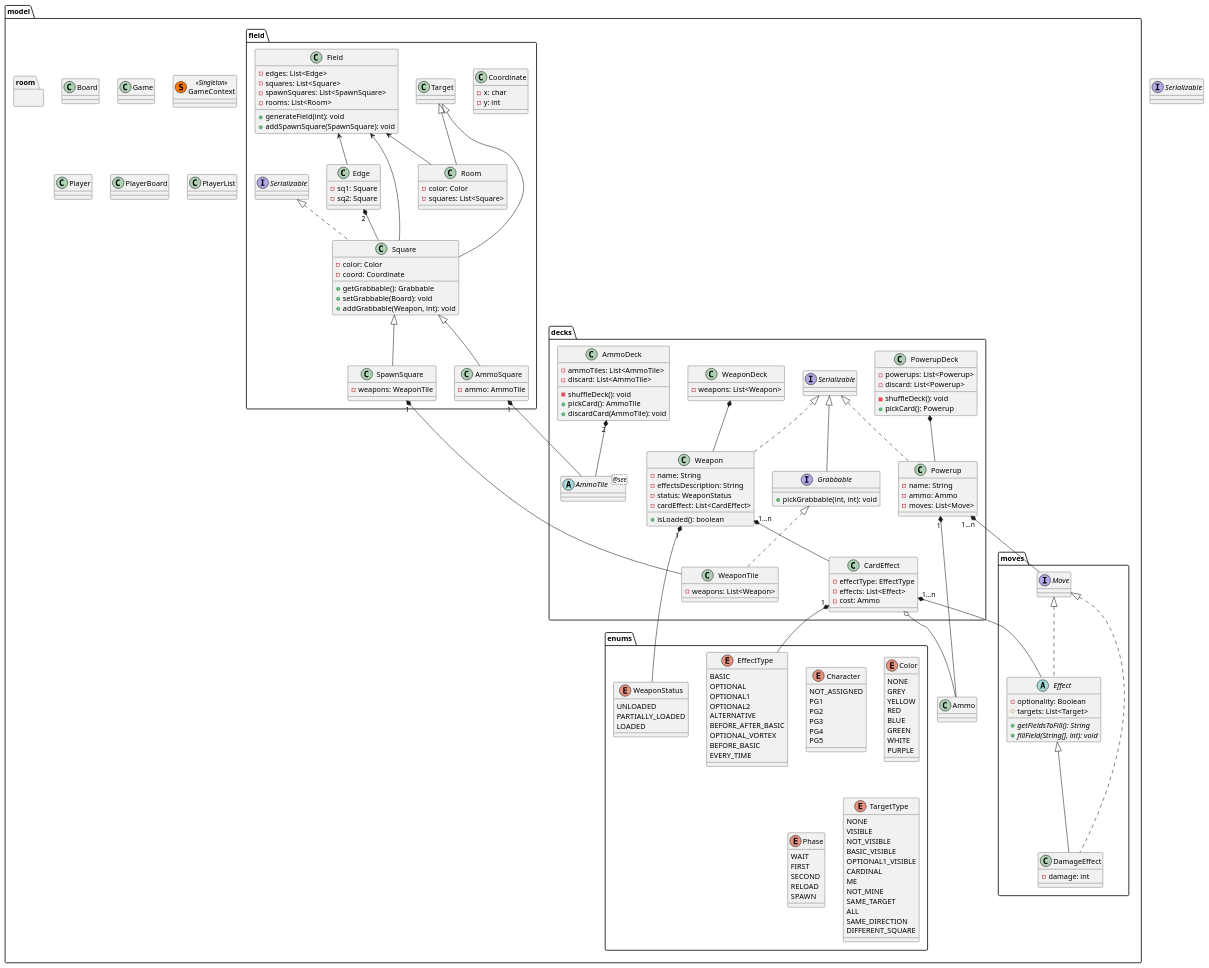
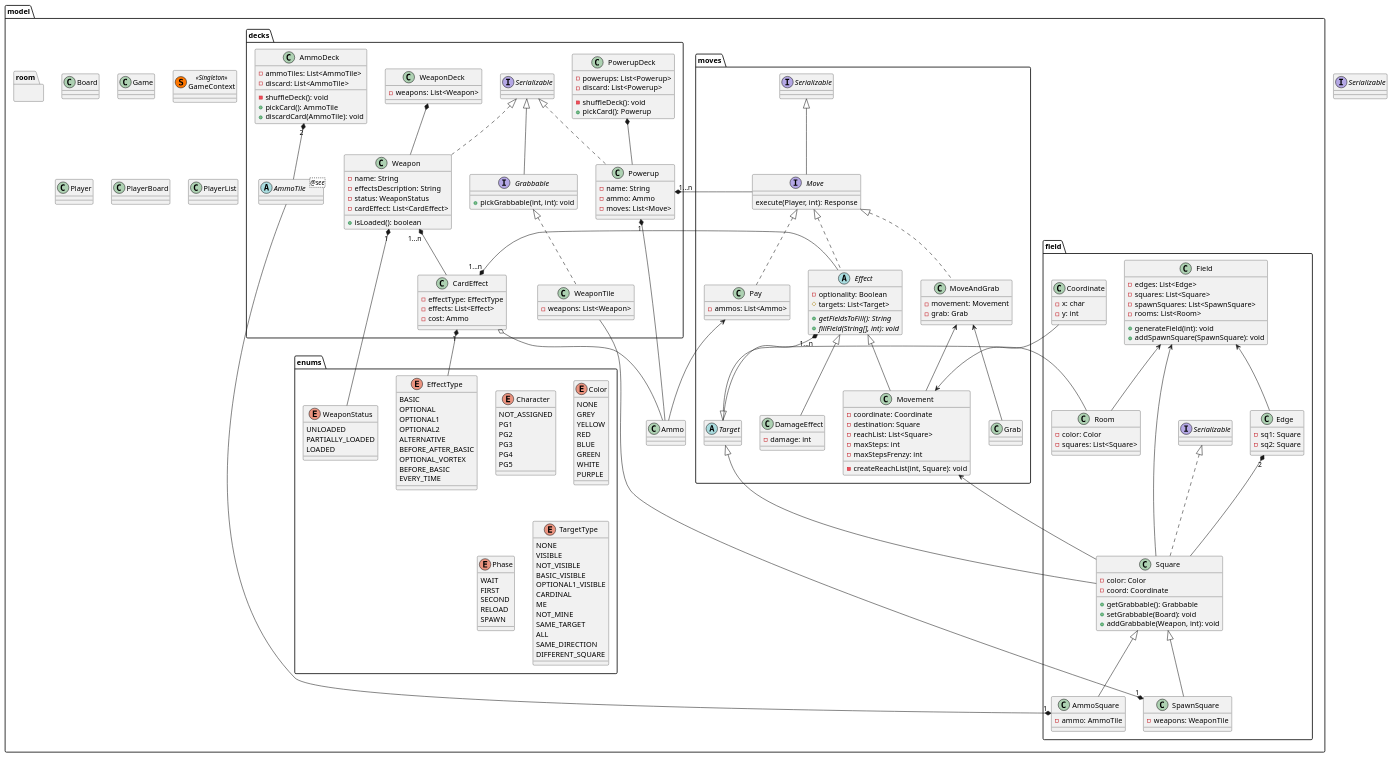
Before and after one commit to elenasl96/ing-sw-2019-6: the diagram in utility/final/MVCGeneralUML.puml, drawn with PlantUML.

```diff
--- a/utility/final/MVCGeneralUML.puml
+++ b/utility/final/MVCGeneralUML.puml
@@ -142,7 +142,7 @@
             + addSpawnSquare(SpawnSquare): void
         }
 
-        class Room extends Target{
+        class Room{
             - color: Color
             - squares: List<Square>
         }
@@ -151,7 +151,7 @@
             - weapons: WeaponTile
         }
 
-        class Square extends Target implements Serializable{
+        class Square implements Serializable{
             - color: Color
             - coord: Coordinate
             __
@@ -167,7 +167,7 @@
     }
 
     package moves{
-        class DamageEffect extends Effect implements Move{
+        class DamageEffect extends Effect{
             - damage: int
         }
 
@@ -178,6 +178,38 @@
             + {abstract} getFieldsToFill(): String
             + {abstract} fillField(String[], int): void
         }
+
+        interface Move extends Serializable{
+            execute(Player, int): Response
+        }
+
+        class MoveAndGrab implements Move{
+            - movement: Movement
+            - grab: Grab
+        }
+
+        class Movement extends Effect{
+            - coordinate: Coordinate
+            - destination: Square
+            - reachList: List<Square>
+            - maxSteps: int
+            - maxStepsFrenzy: int
+            __
+            - createReachList(int, Square): void
+        }
+
+        class Pay implements Move{
+            - ammos: List<Ammo>
+        }
+
+        abstract Target{
+
+        }
+
+        Effect "1...n" *-- Target
+        MoveAndGrab <-- Movement
+        MoveAndGrab <-- Grab
+
     }
 
     package room{
@@ -222,7 +254,14 @@
     Weapon "1" *-- WeaponStatus
     Weapon "1...n" *-- CardEffect
 
+    Target <|-- Room
+    Target <|-- Square
     AmmoSquare "1" *-- AmmoTile
     SpawnSquare "1" *-- WeaponTile
+
+    Movement <-- Square
+    Movement <-- Coordinate
+
+    Pay <-- Ammo
 }
 @enduml
```
